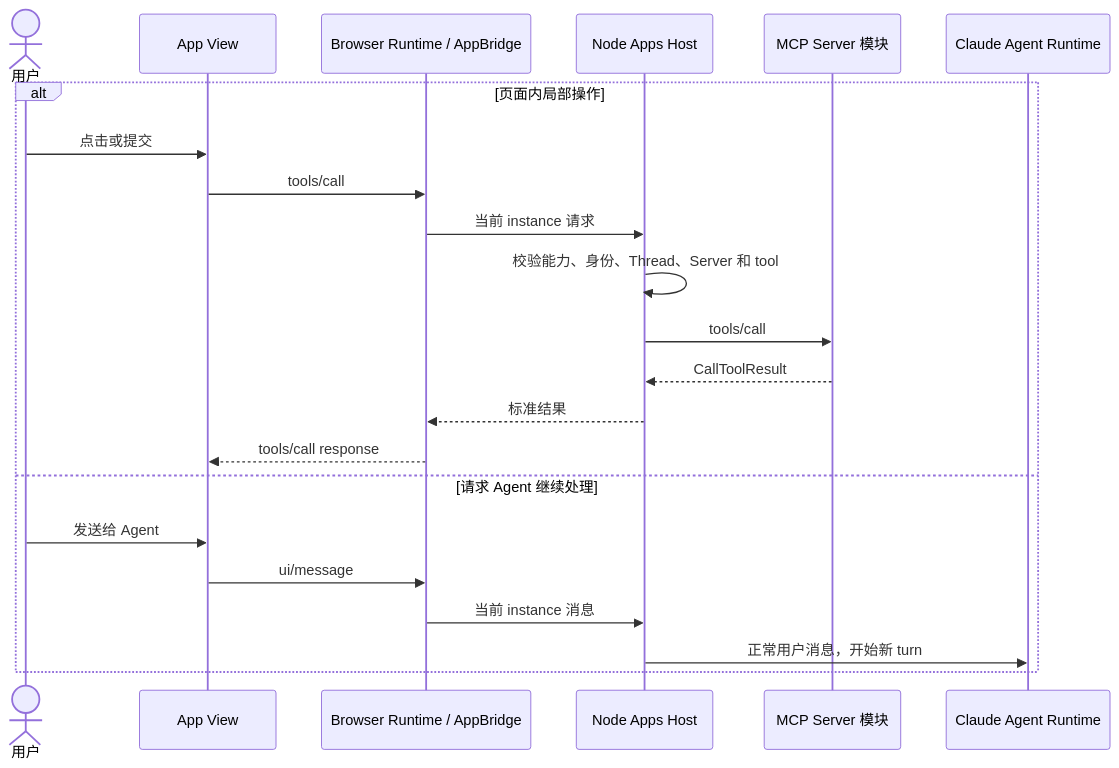
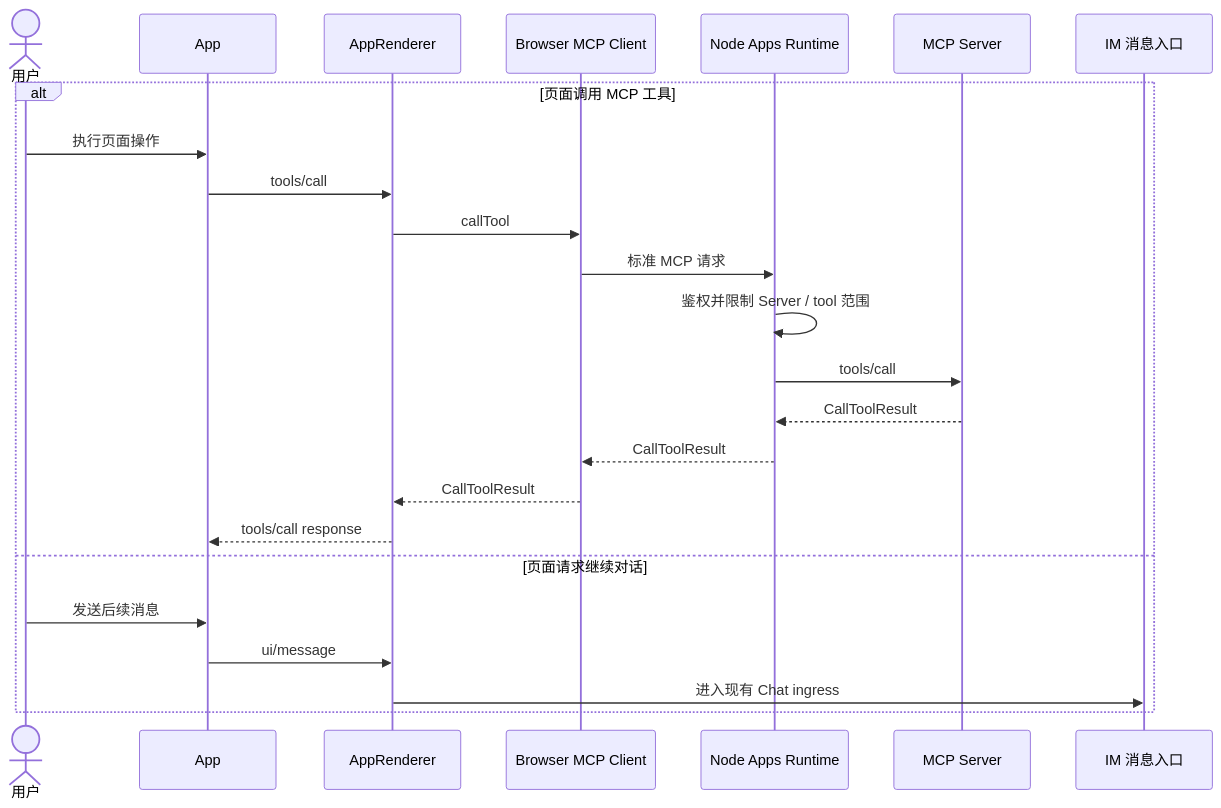
The second of 2 diagrams in docs/design/claude-agent/mcp-apps-client-host-communication.md (glide-the/im-dream), drawn with Mermaid before and after one commit. The commit also changed other lines of this file and 7 other files, not shown here.

Commit message:
docs: converge MCP Apps host design

````diff
--- a/docs/design/claude-agent/mcp-apps-client-host-communication.md
+++ b/docs/design/claude-agent/mcp-apps-client-host-communication.md
@@ -142,25 +117,27 @@
 ```mermaid
 sequenceDiagram
     actor U as 用户
-    participant V as App View
-    participant B as Browser Runtime / AppBridge
-    participant N as Node Apps Host
-    participant S as MCP Server 模块
-    participant A as Claude Agent Runtime
+    participant V as App
+    participant R as AppRenderer
+    participant C as Browser MCP Client
+    participant N as Node Apps Runtime
+    participant S as MCP Server
+    participant I as IM 消息入口
 
-    alt 页面内局部操作
-        U->>V: 点击或提交
-        V->>B: tools/call
-        B->>N: 当前 instance 请求
-        N->>N: 校验能力、身份、Thread、Server 和 tool
+    alt 页面调用 MCP 工具
+        U->>V: 执行页面操作
+        V->>R: tools/call
+        R->>C: callTool
+        C->>N: 标准 MCP 请求
+        N->>N: 鉴权并限制 Server / tool 范围
         N->>S: tools/call
         S-->>N: CallToolResult
-        N-->>B: 标准结果
-        B-->>V: tools/call response
-    else 请求 Agent 继续处理
-        U->>V: 发送给 Agent
-        V->>B: ui/message
-        B->>N: 当前 instance 消息
-        N->>A: 正常用户消息，开始新 turn
+        N-->>C: CallToolResult
+        C-->>R: CallToolResult
+        R-->>V: tools/call response
+    else 页面请求继续对话
+        U->>V: 发送后续消息
+        V->>R: ui/message
+        R->>I: 进入现有 Chat ingress
     end
 ```
````
